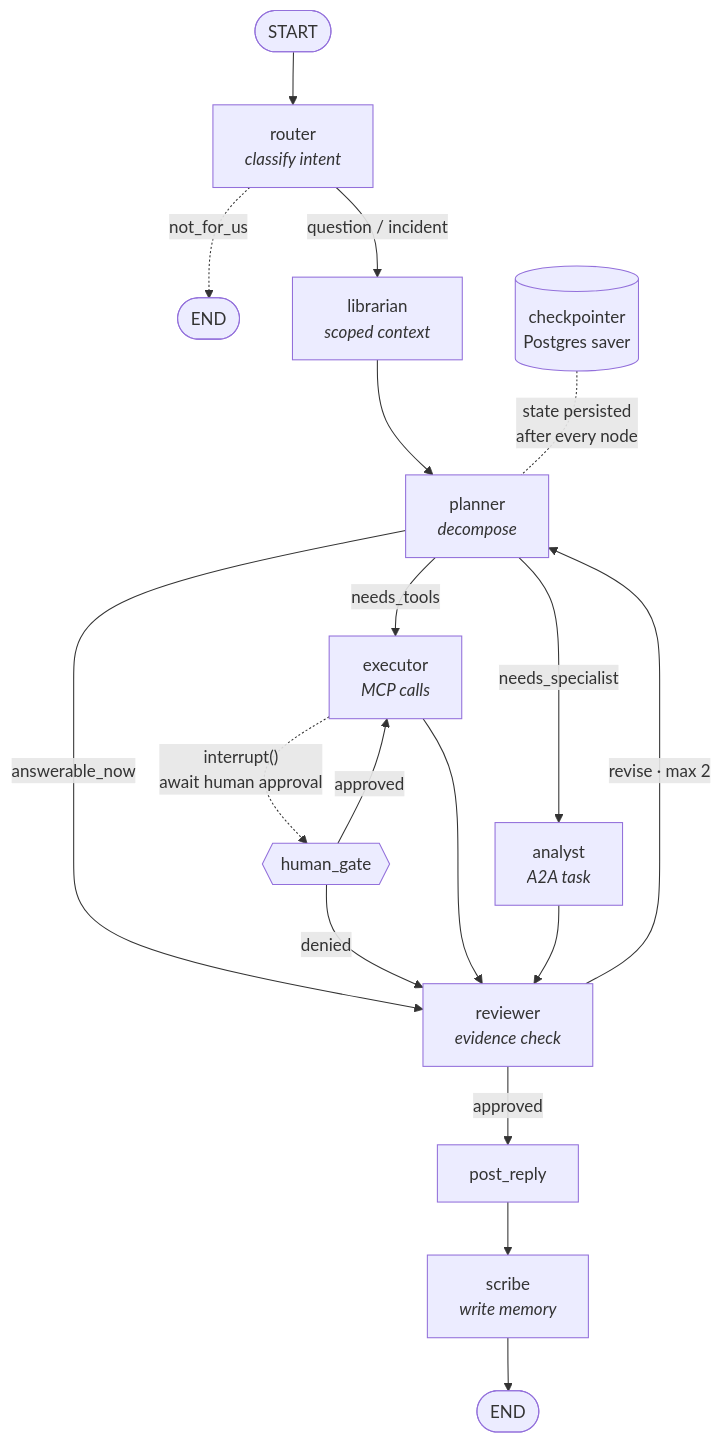
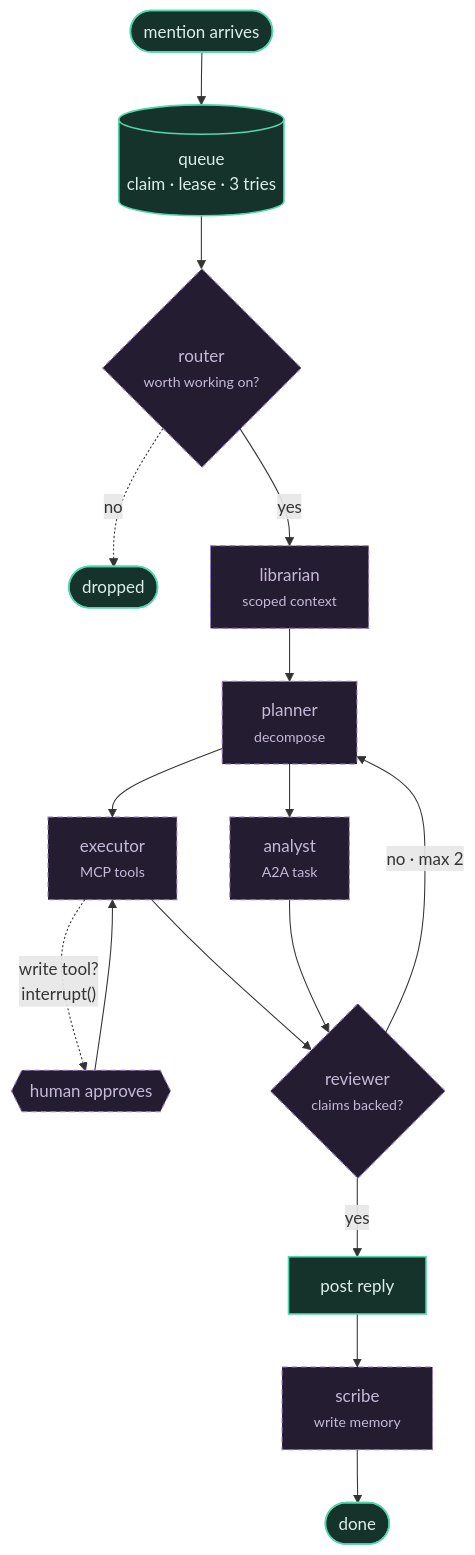
One commit to rppol/claude-tag-poc changed the diagram in docs/diagrams/langgraph.mmd. Above: the diagram before and after it, drawn with Mermaid. The commit also changed 12 other files, not shown here.

```diff
--- a/docs/diagrams/langgraph.mmd
+++ b/docs/diagrams/langgraph.mmd
@@ -1,22 +1,21 @@
 flowchart TB
-  START(["START"]) --> ROUTER["router<br/><i>classify intent</i>"]
-  ROUTER -.->|"not_for_us"| END1(["END"])
-  ROUTER -->|"question / incident"| LIB["librarian<br/><i>scoped context</i>"]
-  LIB --> PLAN["planner<br/><i>decompose</i>"]
+  START(["mention arrives"]) --> Q[("queue<br/>claim · lease · 3 tries")]
+  Q --> ROUTER{"router<br/><small>worth working on?</small>"}
+  ROUTER -.->|"no"| DROP(["dropped"])
+  ROUTER -->|"yes"| LIB["librarian<br/><small>scoped context</small>"]
+  LIB --> PLAN["planner<br/><small>decompose</small>"]
 
-  PLAN -->|"needs_tools"| EXEC["executor<br/><i>MCP calls</i>"]
-  PLAN -->|"needs_specialist"| ANA["analyst<br/><i>A2A task</i>"]
-  PLAN -->|"answerable_now"| REV
+  PLAN --> EXEC["executor<br/><small>MCP tools</small>"]
+  PLAN --> ANA["analyst<br/><small>A2A task</small>"]
+  EXEC -.->|"write tool?<br/>interrupt()"| HUM{{"human approves"}}
+  HUM --> EXEC
 
-  EXEC -. "interrupt()<br/>await human approval" .-> HUM{{"human_gate"}}
-  HUM -->|"approved"| EXEC
-  HUM -->|"denied"| REV
-  EXEC --> REV["reviewer<br/><i>evidence check</i>"]
+  EXEC --> REV{"reviewer<br/><small>claims backed?</small>"}
   ANA --> REV
+  REV -->|"no · max 2"| PLAN
+  REV -->|"yes"| POST["post reply"] --> SCRIBE["scribe<br/><small>write memory</small>"] --> DONE(["done"])
 
-  REV -->|"revise · max 2"| PLAN
-  REV -->|"approved"| POST["post_reply"]
-  POST --> SCRIBE["scribe<br/><i>write memory</i>"]
-  SCRIBE --> END2(["END"])
-
-  CP[("checkpointer<br/>Postgres saver")] -. "state persisted<br/>after every node" .- PLAN
+  classDef built stroke:#4FD8AA,fill:#16332B,color:#DCEFE8,stroke-width:1.5px
+  classDef design stroke:#9578C4,fill:#241D31,color:#C6B9D9,stroke-dasharray:5 4
+  class START,Q,POST,DONE,DROP built
+  class ROUTER,LIB,PLAN,EXEC,ANA,HUM,REV,SCRIBE design
```
